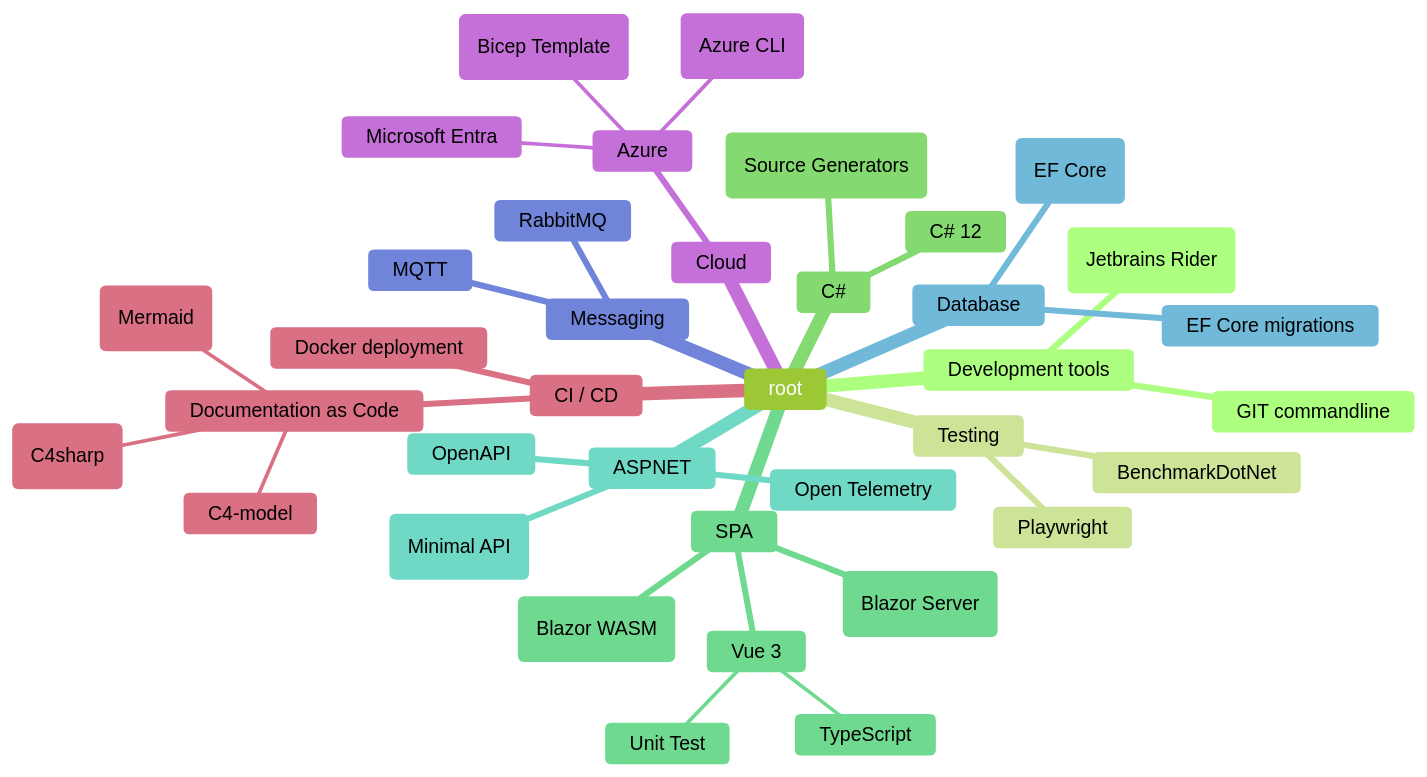
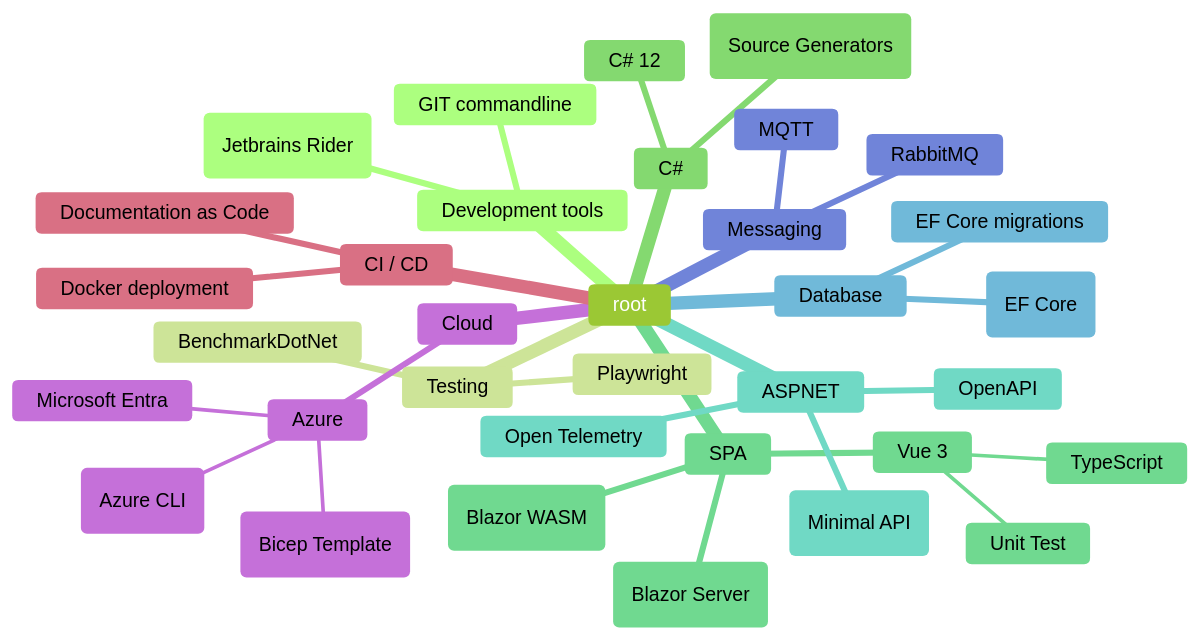
One commit to renevdhoek/renevdhoek changed the second of 2 diagrams in README.md. Above: the diagram before and after it, drawn with Mermaid (forest theme).

````diff
--- a/README.md
+++ b/README.md
@@ -11,40 +11,37 @@
 ```mermaid
 mindmap
   root
     Development tools      
         GIT commandline
         (Jetbrains Rider)
     Testing
       Playwright
       BenchmarkDotNet
     C#
       C# 12
       (Source Generators)
     SPA
       Vue 3
         Unit Test
         TypeScript
       (Blazor Server)
       (Blazor WASM)
     ASPNET
       (Minimal API)
       OpenAPI
       Open Telemetry
     Database
       EF Core migrations
       (EF Core)
     Messaging
       MQTT
       RabbitMQ
     Cloud
       Azure
         Microsoft Entra
         (Bicep Template)
         (Azure CLI)
     CI / CD
       Docker deployment
       Documentation as Code
-        C4-model
-        (Mermaid)
-        (C4sharp)
 ```
````
